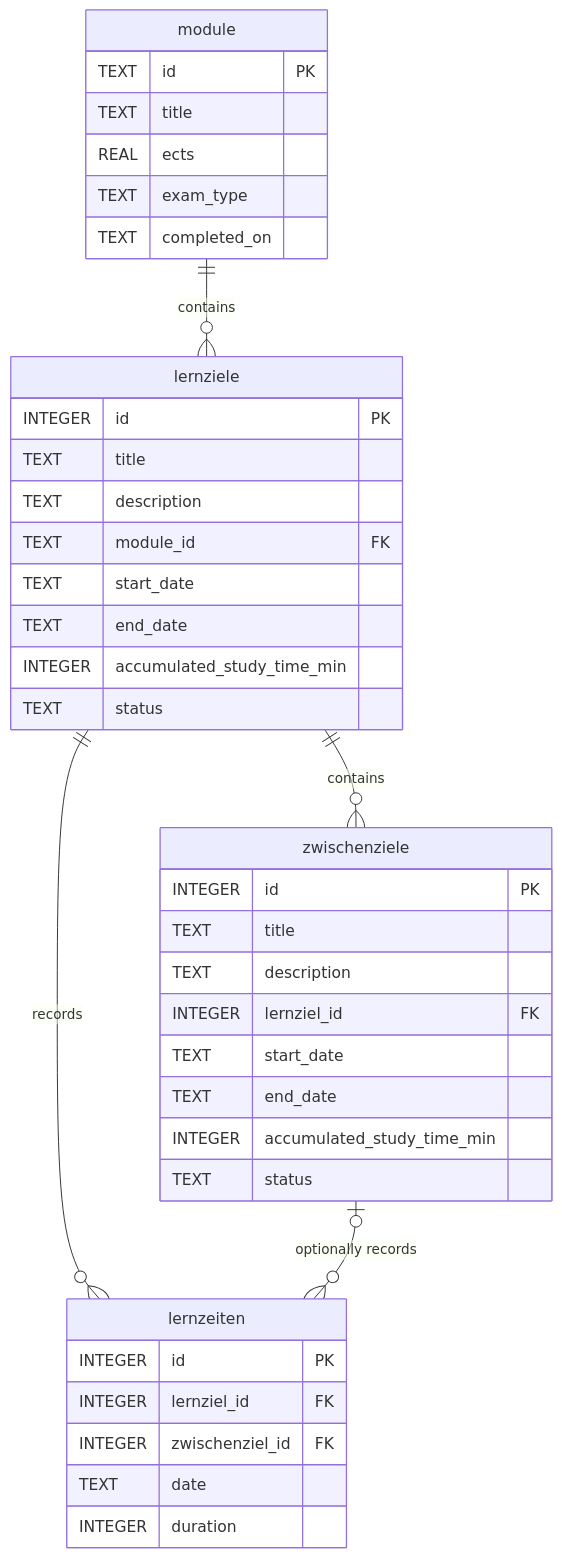
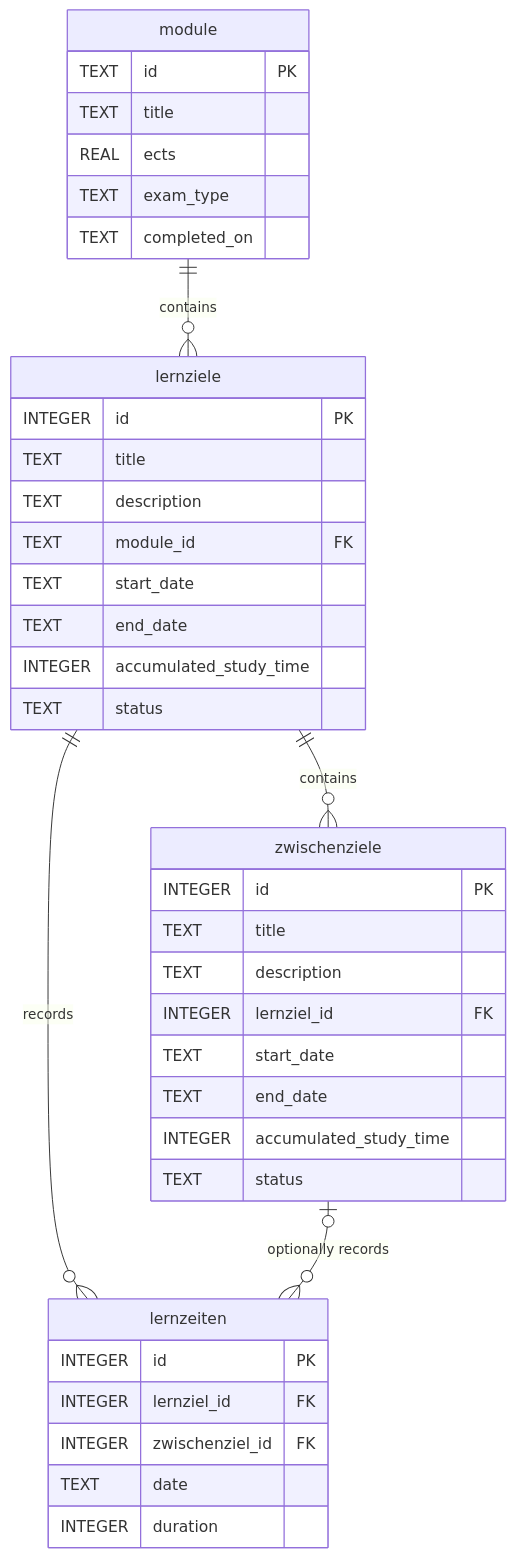
Before and after one commit to reginaleis/isef01-lernzeit-manager: the second of 2 diagrams in README.md, drawn with Mermaid. The commit also changed 8 other files, not shown here.

Commit message:
revert rename accumulated_database_min

````diff
--- a/README.md
+++ b/README.md
@@ -74,45 +74,45 @@
 ```mermaid
 erDiagram
     module ||--o{ lernziele : "contains"
     lernziele ||--o{ zwischenziele : "contains"
     lernziele ||--o{ lernzeiten : "records"
     zwischenziele o|--o{ lernzeiten : "optionally records"
 
     module {
         TEXT id PK
         TEXT title
         REAL ects
         TEXT exam_type
         TEXT completed_on
     }
 
     lernziele {
         INTEGER id PK
         TEXT title
         TEXT description
         TEXT module_id FK
         TEXT start_date
         TEXT end_date
-        INTEGER accumulated_study_time_min
+        INTEGER accumulated_study_time
         TEXT status
     }
 
     zwischenziele {
         INTEGER id PK
         TEXT title
         TEXT description
         INTEGER lernziel_id FK
         TEXT start_date
         TEXT end_date
-        INTEGER accumulated_study_time_min
+        INTEGER accumulated_study_time
         TEXT status
     }
 
     lernzeiten {
         INTEGER id PK
         INTEGER lernziel_id FK
         INTEGER zwischenziel_id FK
         TEXT date
         INTEGER duration
     }
 ```
````
